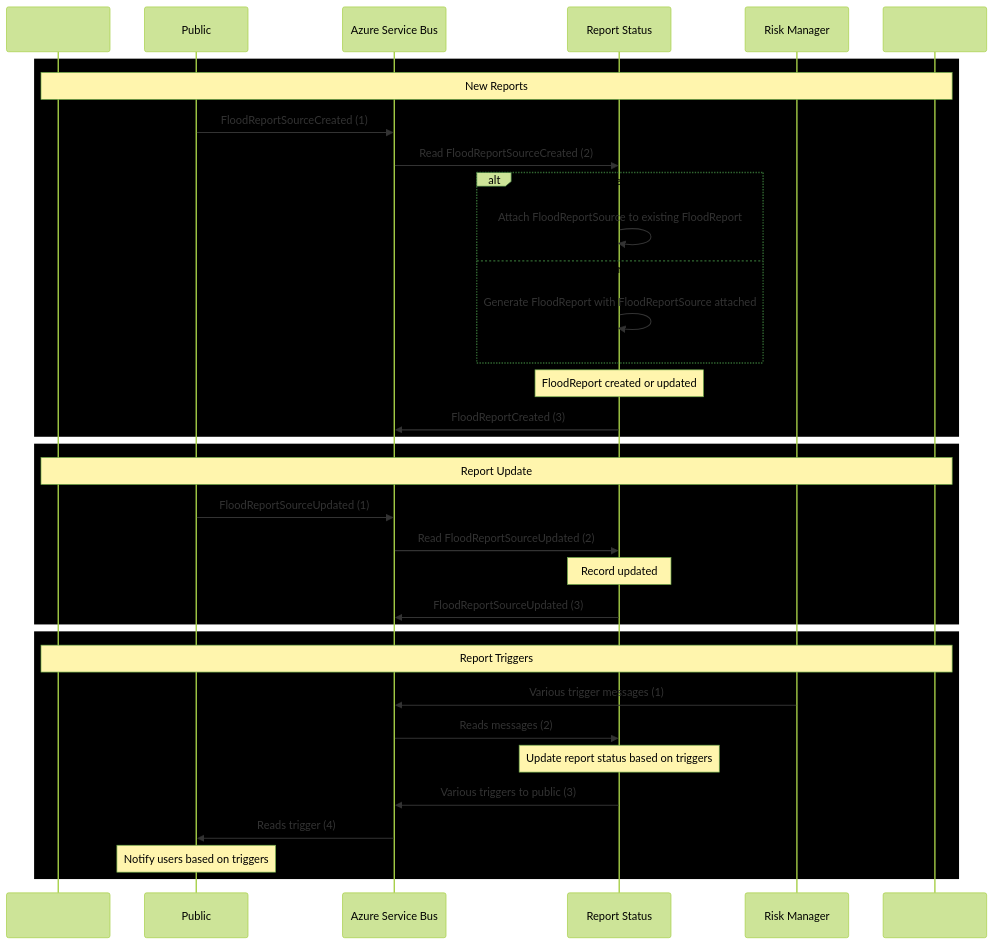
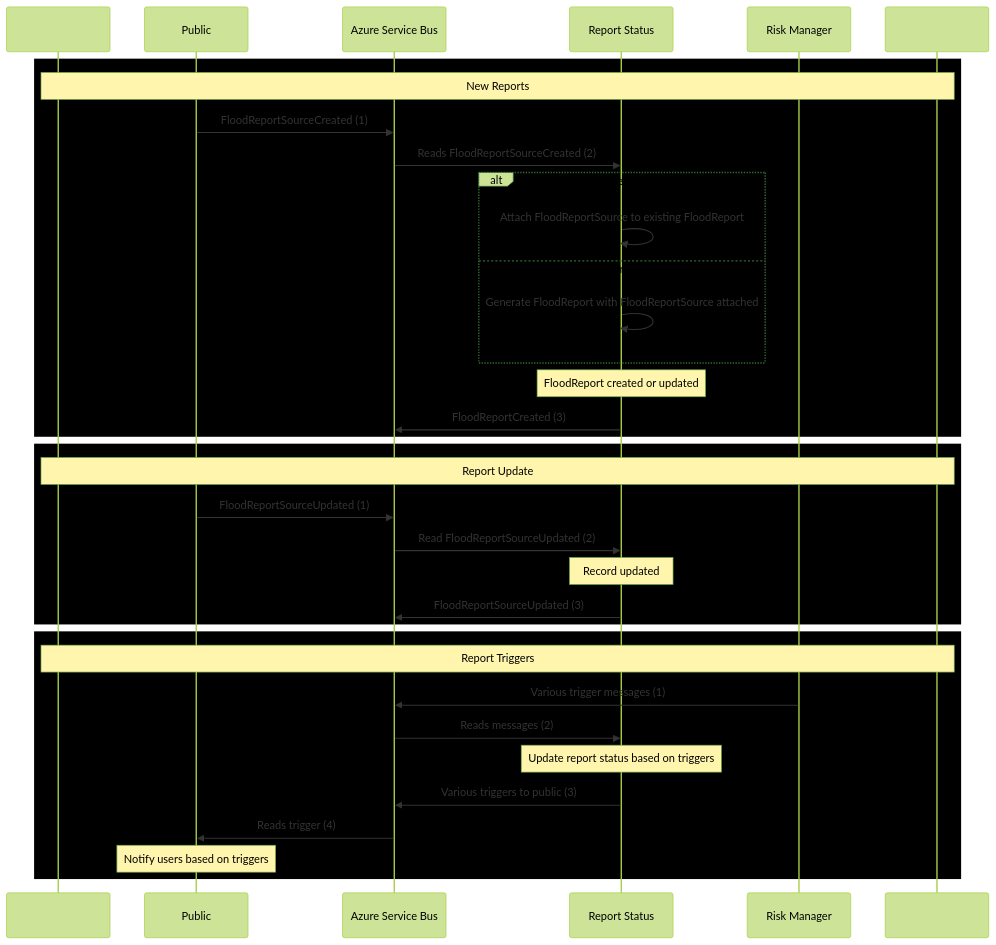
Before and after one commit to Dorset-Council-UK/FloodOnlineReportingTool.ReportStatus: the diagram in docs/flows/system_communication_diagram.md, drawn with Mermaid (forest theme).

````diff
--- a/docs/flows/system_communication_diagram.md
+++ b/docs/flows/system_communication_diagram.md
@@ -1,41 +1,41 @@
 ```mermaid
 sequenceDiagram
     participant L as 
     participant Public
     participant ASB as Azure Service Bus
     participant RS as Report Status
     participant RM as Risk Manager
     participant R as 
 
 
     rect rgb(0, 0, 0)
         Note over L,R: New Reports
         Public->>ASB: FloodReportSourceCreated (1)
-        ASB->>RS: Read FloodReportSourceCreated (2)
+        ASB->>RS: Reads FloodReportSourceCreated (2)
         alt Duplicate report detected
             RS->>RS: Attach FloodReportSource to existing FloodReport
         else New report
             RS->>RS: Generate FloodReport with FloodReportSource attached
         end
         Note over RS: FloodReport created or updated
         RS->>ASB: FloodReportCreated (3)
     end 
 
     rect rgb(0, 0, 0)
         Note over L,R: Report Update
         Public->>ASB: FloodReportSourceUpdated (1)
         ASB->>RS: Read FloodReportSourceUpdated (2)
         Note over RS: Record updated
         RS->>ASB: FloodReportSourceUpdated (3)
     end
 
     rect rgb(0, 0, 0)
         Note over L,R: Report Triggers
         RM->>ASB: Various trigger messages (1)
         ASB->>RS: Reads messages (2)
         Note over RS: Update report status based on triggers
         RS->>ASB: Various triggers to public (3)
         ASB->>Public: Reads trigger (4)
         Note over Public: Notify users based on triggers
     end
 ```
````
